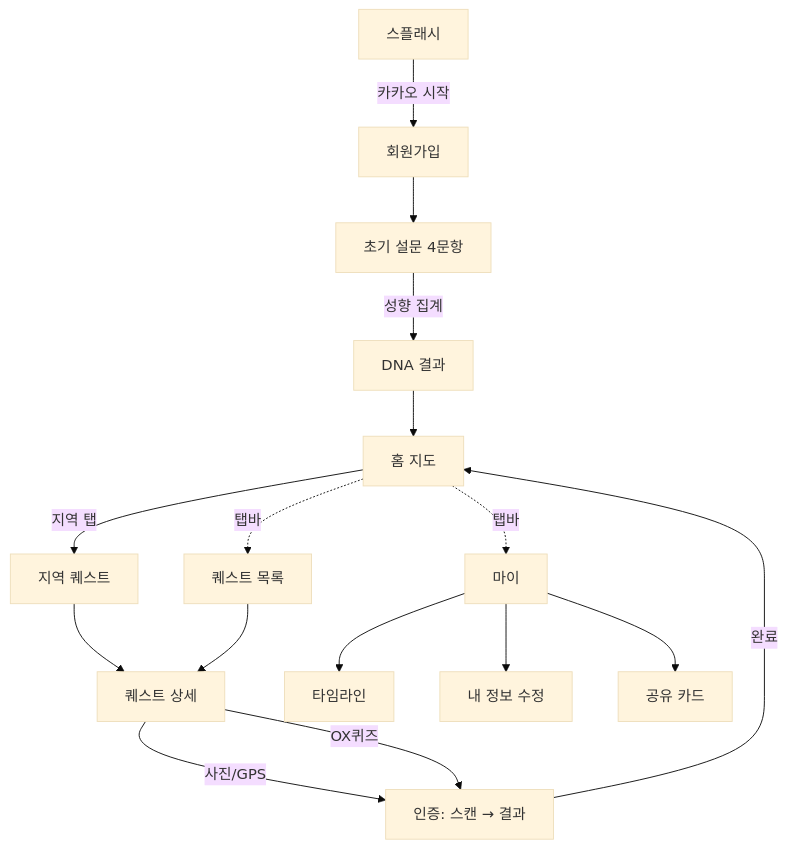
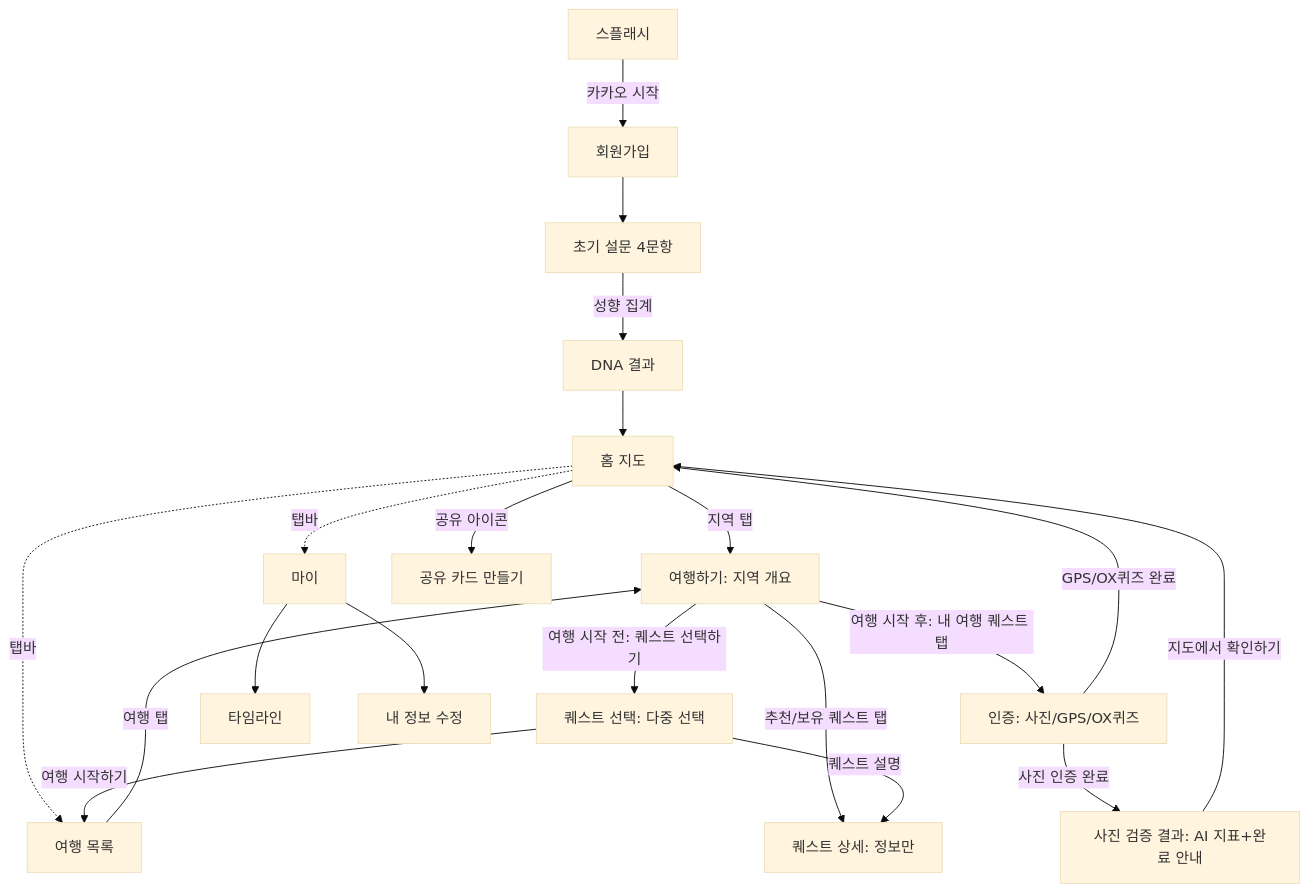
Before and after one commit to Rainbow-Developer/ColorTrip: the diagram in docs/specs/000-frontend-app/description.md, drawn with Mermaid (base theme). The commit also changed other lines of this file and 50 other files, not shown here.

````diff
--- a/docs/specs/000-frontend-app/description.md
+++ b/docs/specs/000-frontend-app/description.md
@@ -13,18 +13,22 @@
 ```mermaid
 flowchart TD
     splash[스플래시] -->|카카오 시작| signup[회원가입]
     signup --> survey[초기 설문 4문항]
     survey -->|성향 집계| dna[DNA 결과]
     dna --> home[홈 지도]
-    home -->|지역 탭| region[지역 퀘스트]
-    home -.탭바.-> list[퀘스트 목록]
+    home -->|지역 탭| overview[여행하기: 지역 개요]
+    home -.탭바.-> travel[여행 목록]
     home -.탭바.-> my[마이]
-    region --> detail[퀘스트 상세]
-    list --> detail
-    detail -->|사진/GPS| verify[인증: 스캔 → 결과]
-    detail -->|OX퀴즈| verify
-    verify -->|완료| home
+    home -->|공유 아이콘| share[공유 카드 만들기]
+    travel -->|여행 탭| overview
+    overview -->|여행 시작 전: 퀘스트 선택하기| select[퀘스트 선택: 다중 선택]
+    overview -->|추천/보유 퀘스트 탭| detail[퀘스트 상세: 정보만]
+    overview -->|여행 시작 후: 내 여행 퀘스트 탭| verify[인증: 사진/GPS/OX퀴즈]
+    select -->|여행 시작하기| travel
+    select -->|"퀘스트 설명"| detail
+    verify -->|사진 인증 완료| photoResult[사진 검증 결과: AI 지표+완료 안내]
+    verify -->|GPS/OX퀴즈 완료| home
+    photoResult -->|지도에서 확인하기| home
     my --> timeline[타임라인]
     my --> edit[내 정보 수정]
-    my --> share[공유 카드]
 ```
````
